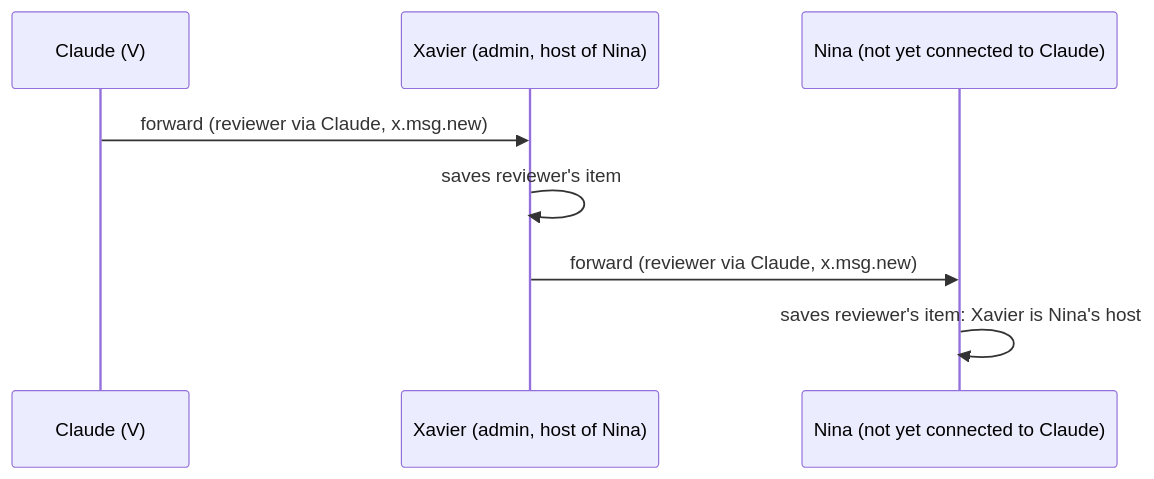
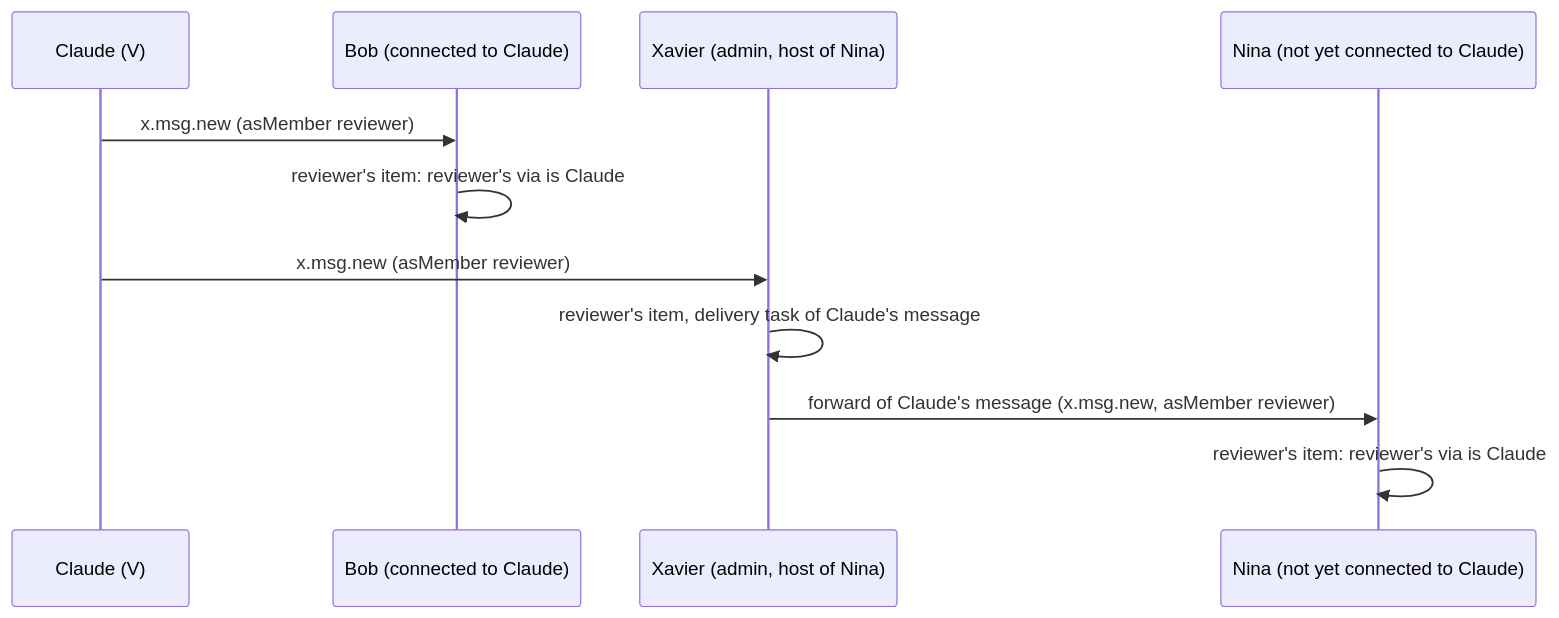
One commit to simplex-chat/simplex-chat changed the first of 4 diagrams in plans/2026-11-22-submembers.md. Above: the diagram before and after it, drawn with Mermaid. The commit also changed other lines of this file and 1 other file, not shown here.

Commit message:
plans: submember messages sent as the via member's messages with asMember

````diff
--- a/plans/2026-11-22-submembers.md
+++ b/plans/2026-11-22-submembers.md
@@ -155,10 +148,13 @@
 ```mermaid
 sequenceDiagram
   participant C as Claude (V)
+  participant B as Bob (connected to Claude)
   participant X as Xavier (admin, host of Nina)
   participant N as Nina (not yet connected to Claude)
-  C->>X: forward (reviewer via Claude, x.msg.new)
-  X->>X: saves reviewer's item
-  X->>N: forward (reviewer via Claude, x.msg.new)
-  N->>N: saves reviewer's item: Xavier is Nina's host
+  C->>B: x.msg.new (asMember reviewer)
+  B->>B: reviewer's item: reviewer's via is Claude
+  C->>X: x.msg.new (asMember reviewer)
+  X->>X: reviewer's item, delivery task of Claude's message
+  X->>N: forward of Claude's message (x.msg.new, asMember reviewer)
+  N->>N: reviewer's item: reviewer's via is Claude
 ```
````
